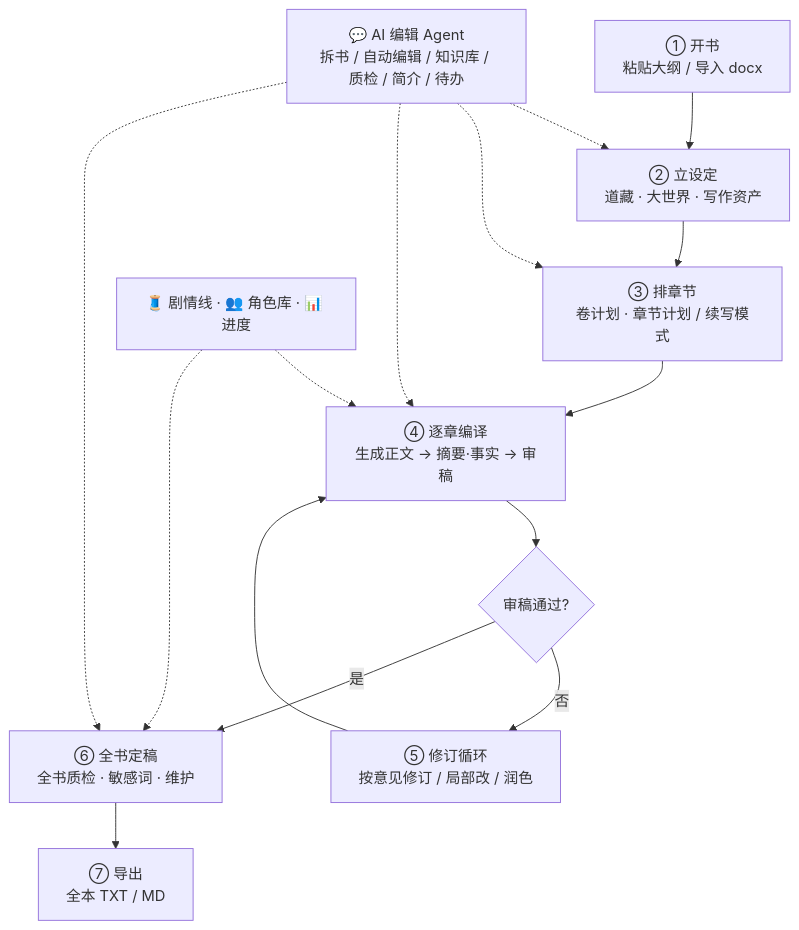
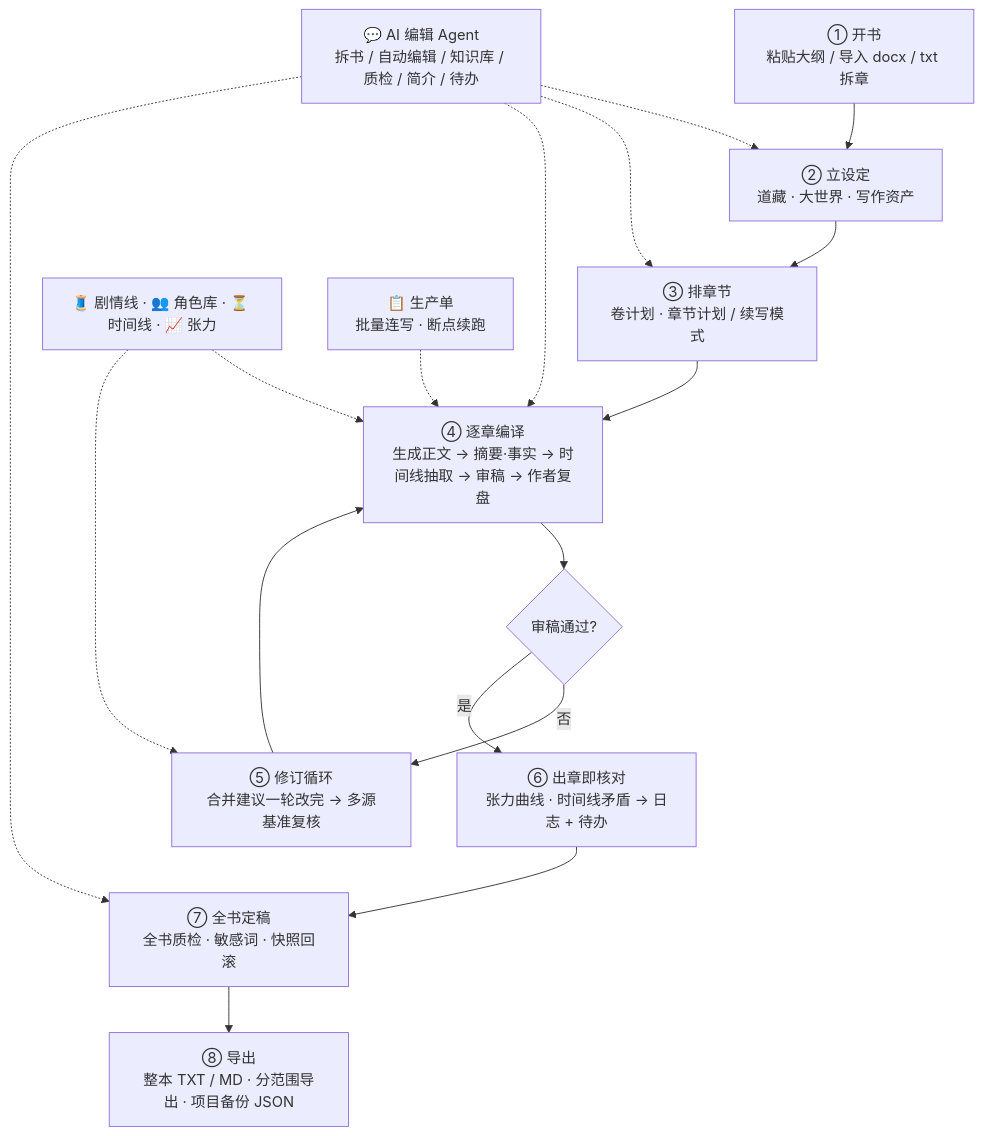
Before and after one commit to watersxya/dsh-novel-forge: the diagram in README.md, drawn with Mermaid. The commit also changed other lines of this file, not shown here.

````diff
--- a/README.md
+++ b/README.md
@@ -70,18 +116,20 @@
 ```mermaid
 flowchart TD
-    A[① 开书<br/>粘贴大纲 / 导入 docx] --> B[② 立设定<br/>道藏 · 大世界 · 写作资产]
+    A[① 开书<br/>粘贴大纲 / 导入 docx / txt 拆章] --> B[② 立设定<br/>道藏 · 大世界 · 写作资产]
     B --> C[③ 排章节<br/>卷计划 · 章节计划 / 续写模式]
-    C --> D[④ 逐章编译<br/>生成正文 → 摘要·事实 → 审稿]
+    C --> D[④ 逐章编译<br/>生成正文 → 摘要·事实 → 时间线抽取 → 审稿 → 作者复盘]
     D --> E{审稿通过?}
-    E -->|否| F[⑤ 修订循环<br/>按意见修订 / 局部改 / 润色]
+    E -->|否| F[⑤ 修订循环<br/>合并建议一轮改完 → 多源基准复核]
     F --> D
-    E -->|是| G[⑥ 全书定稿<br/>全书质检 · 敏感词 · 维护]
-    G --> H[⑦ 导出<br/>全本 TXT / MD]
+    E -->|是| G[⑥ 出章即核对<br/>张力曲线 · 时间线矛盾 → 日志 + 待办]
+    G --> H[⑦ 全书定稿<br/>全书质检 · 敏感词 · 快照回滚]
+    H --> I[⑧ 导出<br/>整本 TXT / MD · 分范围导出 · 项目备份 JSON]
 
     R1[💬 AI 编辑 Agent<br/>拆书 / 自动编辑 / 知识库 / 质检 / 简介 / 待办] -.-> B
     R1 -.-> C
     R1 -.-> D
-    R1 -.-> G
-    R2[🧵 剧情线 · 👥 角色库 · 📊 进度] -.-> D
-    R2 -.-> G
+    R1 -.-> H
+    R2[🧵 剧情线 · 👥 角色库 · ⏳ 时间线 · 📈 张力] -.-> D
+    R2 -.-> F
+    R3[📋 生产单<br/>批量连写 · 断点续跑] -.-> D
 ```
````
